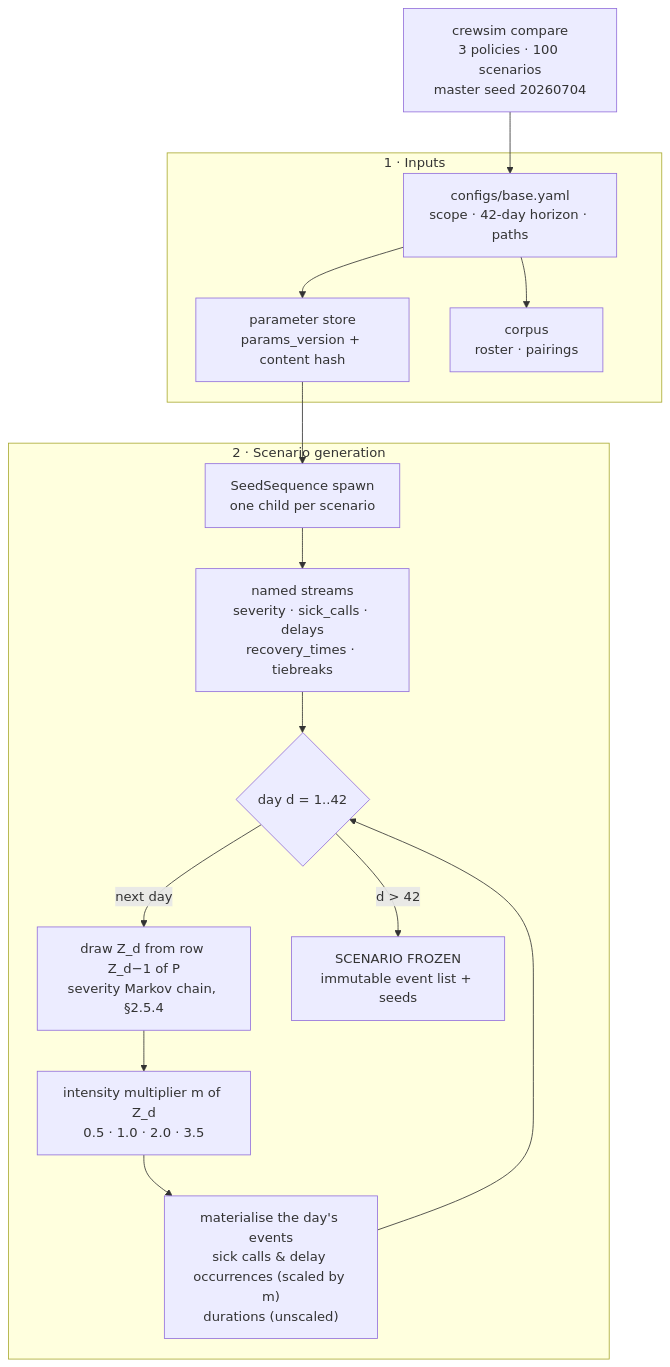
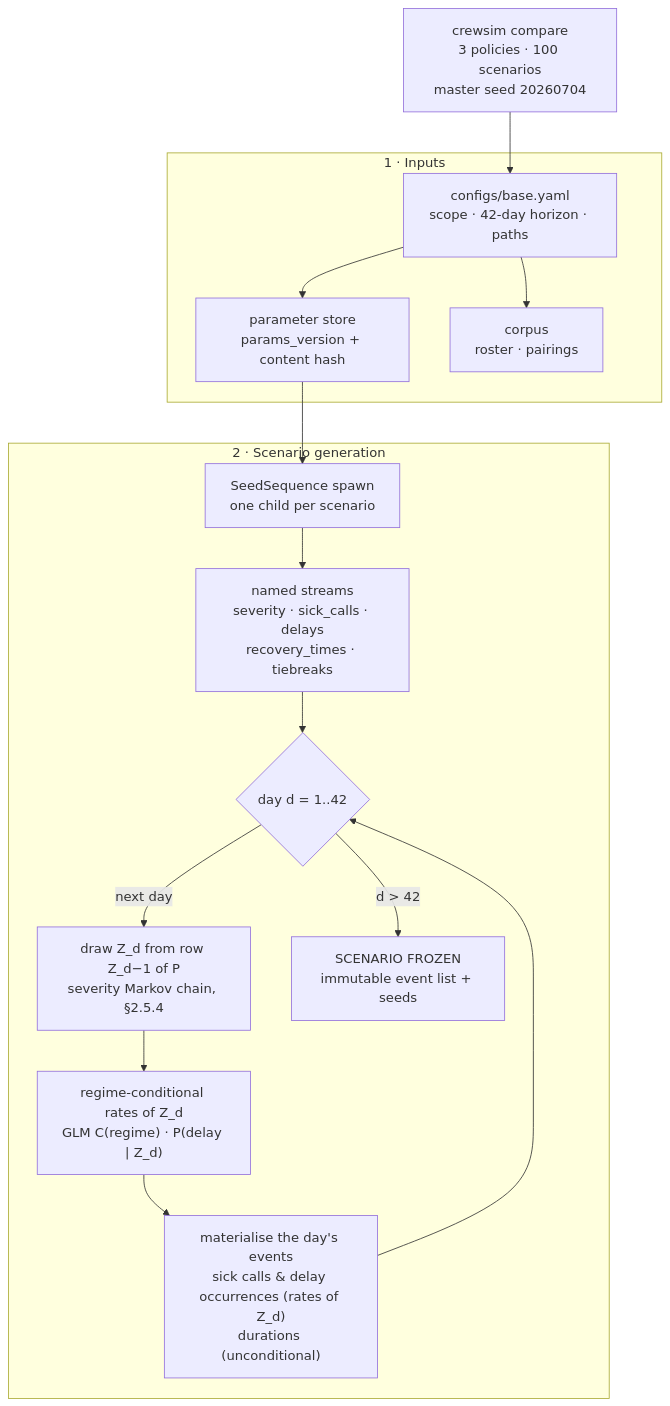
Before and after one commit to nabilkem1/crewsim: the first of 5 diagrams in spec_sections/2_HighLevel_Architecture.md, drawn with Mermaid. The commit also changed other lines of this file and 291 other files, not shown here.

````diff
--- a/spec_sections/2_HighLevel_Architecture.md
+++ b/spec_sections/2_HighLevel_Architecture.md
@@ -625,32 +648,32 @@
 ```mermaid
 flowchart TD
     CMD["crewsim compare<br/>3 policies · 100 scenarios<br/>master seed 20260704"]
 
     subgraph IN["1 · Inputs"]
         CFG["configs/base.yaml<br/>scope · 42-day horizon · paths"]
         PAR["parameter store<br/>params_version + content hash"]
         COR["corpus<br/>roster · pairings"]
     end
 
     subgraph GEN["2 · Scenario generation"]
         SEED["SeedSequence spawn<br/>one child per scenario"]
         STR["named streams<br/>severity · sick_calls · delays<br/>recovery_times · tiebreaks"]
         DAY{"day d = 1..42"}
         MRK["draw Z_d from row Z_d−1 of P<br/>severity Markov chain, §2.5.4"]
-        MUL["intensity multiplier m of Z_d<br/>0.5 · 1.0 · 2.0 · 3.5"]
-        EVT["materialise the day's events<br/>sick calls & delay occurrences (scaled by m)<br/>durations (unscaled)"]
+        MUL["regime-conditional rates of Z_d<br/>GLM C(regime) · P(delay | Z_d)"]
+        EVT["materialise the day's events<br/>sick calls & delay occurrences (rates of Z_d)<br/>durations (unconditional)"]
         FRZ["SCENARIO FROZEN<br/>immutable event list + seeds"]
     end
 
     CMD --> CFG
     CFG --> PAR
     CFG --> COR
     PAR --> SEED
     SEED --> STR
     STR --> DAY
     DAY -->|"next day"| MRK
     MRK --> MUL
     MUL --> EVT
     EVT --> DAY
     DAY -->|"d > 42"| FRZ
 ```
````
